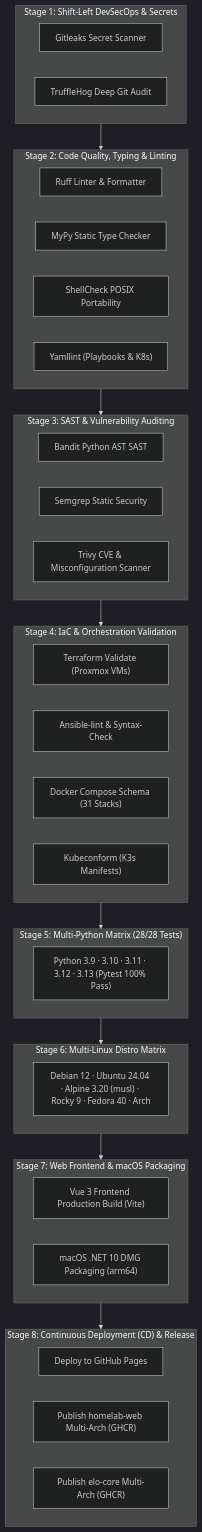
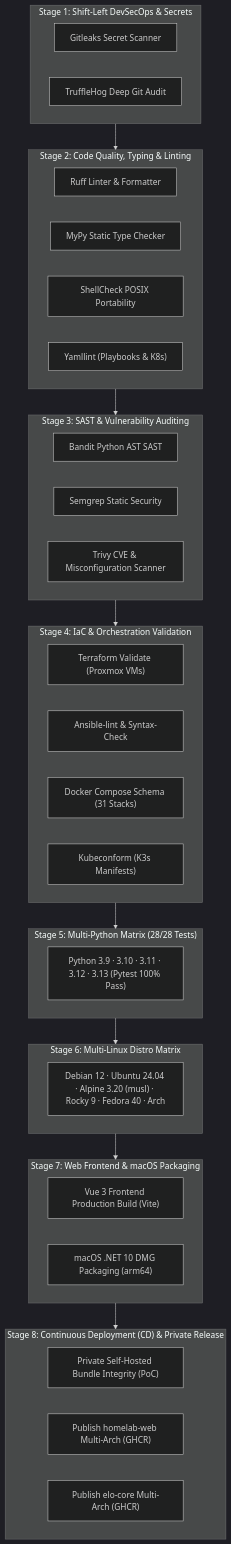
Before and after one commit to stefanutc1/datacenter: the fifth of 5 diagrams in README.md, drawn with Mermaid (dark theme). The commit also changed other lines of this file and 31 other files, not shown here.

````diff
--- a/README.md
+++ b/README.md
@@ -379,48 +379,48 @@
 ```mermaid
 graph TD
     subgraph STAGE1["Stage 1: Shift-Left DevSecOps & Secrets"]
         Gitleaks["Gitleaks Secret Scanner"]
         TruffleHog["TruffleHog Deep Git Audit"]
     end
 
     subgraph STAGE2["Stage 2: Code Quality, Typing & Linting"]
         Ruff["Ruff Linter & Formatter"]
         MyPy["MyPy Static Type Checker"]
         ShellCheck["ShellCheck POSIX Portability"]
         Yamllint["Yamllint (Playbooks & K8s)"]
     end
 
     subgraph STAGE3["Stage 3: SAST & Vulnerability Auditing"]
         Bandit["Bandit Python AST SAST"]
         Semgrep["Semgrep Static Security"]
         Trivy["Trivy CVE & Misconfiguration Scanner"]
     end
 
     subgraph STAGE4["Stage 4: IaC & Orchestration Validation"]
         Terraform["Terraform Validate (Proxmox VMs)"]
         Ansible["Ansible-lint & Syntax-Check"]
         Compose["Docker Compose Schema (31 Stacks)"]
         Kubeconform["Kubeconform (K3s Manifests)"]
     end
 
     subgraph STAGE5["Stage 5: Multi-Python Matrix (28/28 Tests)"]
         PyMatrix["Python 3.9 · 3.10 · 3.11 · 3.12 · 3.13 (Pytest 100% Pass)"]
     end
 
     subgraph STAGE6["Stage 6: Multi-Linux Distro Matrix"]
         DistroMatrix["Debian 12 · Ubuntu 24.04 · Alpine 3.20 (musl) · Rocky 9 · Fedora 40 · Arch"]
     end
 
     subgraph STAGE7["Stage 7: Web Frontend & macOS Packaging"]
         ViteBuild["Vue 3 Frontend Production Build (Vite)"]
         MacDMG["macOS .NET 10 DMG Packaging (arm64)"]
     end
 
-    subgraph STAGE8["Stage 8: Continuous Deployment (CD) & Release"]
-        GHPages["Deploy to GitHub Pages"]
+    subgraph STAGE8["Stage 8: Continuous Deployment (CD) & Private Release"]
+        PrivateBundle["Private Self-Hosted Bundle Integrity (PoC)"]
         GHCRWeb["Publish homelab-web Multi-Arch (GHCR)"]
         GHCRElo["Publish elo-core Multi-Arch (GHCR)"]
     end
 
     STAGE1 --> STAGE2 --> STAGE3 --> STAGE4 --> STAGE5 --> STAGE6 --> STAGE7 --> STAGE8
 ```
````
